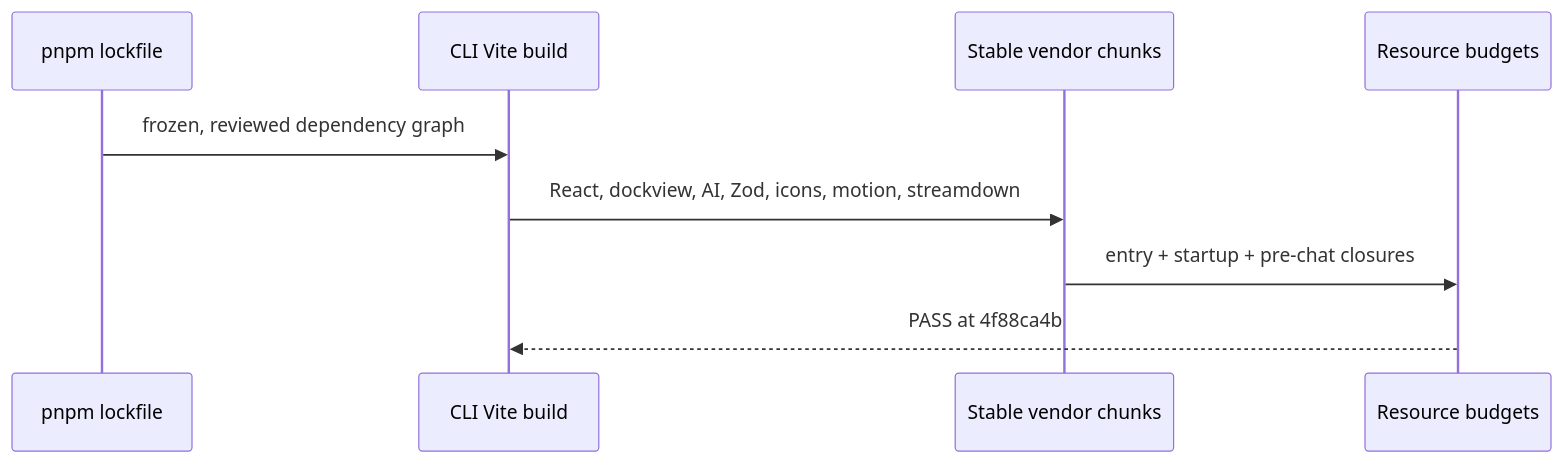
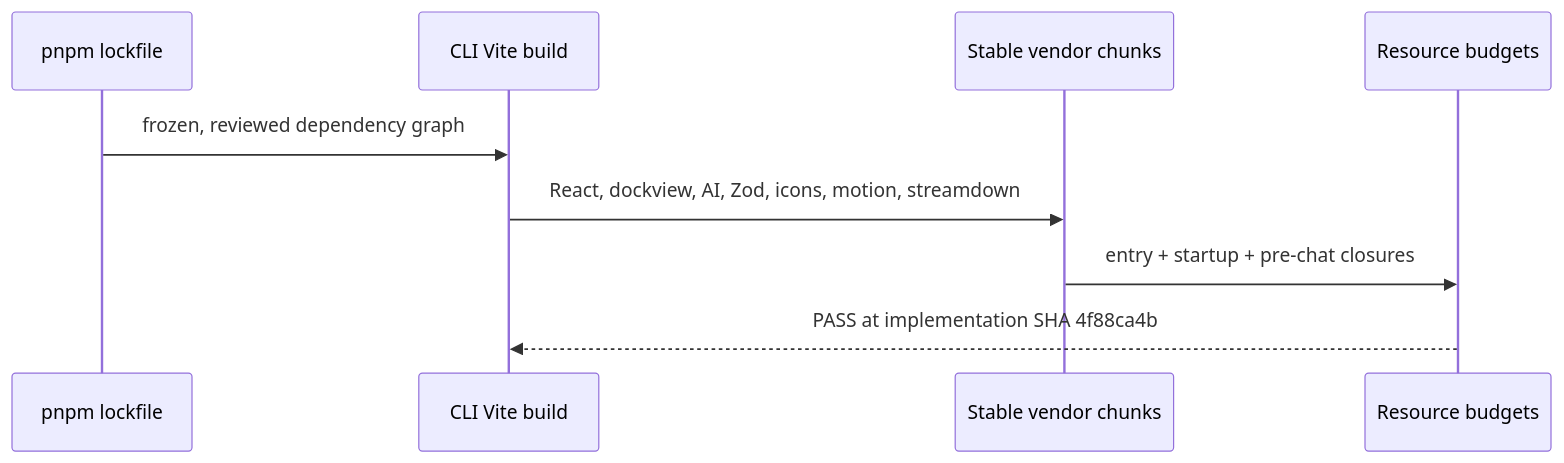
Before and after one commit to hachej/boring-ui: the diagram in docs/issues/1572/show-me-4f88ca4b.md, drawn with Mermaid. The commit also changed other lines of this file, not shown here.

````diff
--- a/docs/issues/1572/show-me-4f88ca4b.md
+++ b/docs/issues/1572/show-me-4f88ca4b.md
@@ -21,11 +22,11 @@
 ```mermaid
 sequenceDiagram
     participant Lock as pnpm lockfile
     participant Build as CLI Vite build
     participant Split as Stable vendor chunks
     participant Gate as Resource budgets
     Lock->>Build: frozen, reviewed dependency graph
     Build->>Split: React, dockview, AI, Zod, icons, motion, streamdown
     Split->>Gate: entry + startup + pre-chat closures
-    Gate-->>Build: PASS at 4f88ca4b
+    Gate-->>Build: PASS at implementation SHA 4f88ca4b
 ```
````
